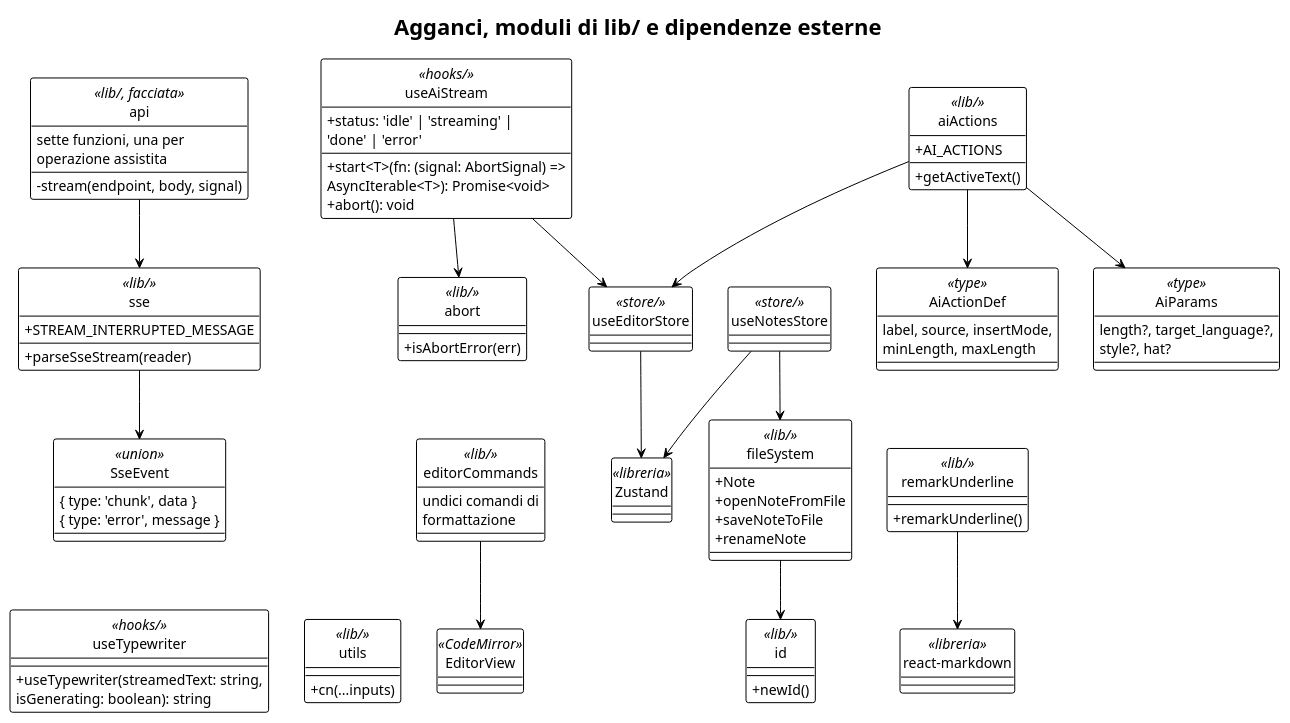
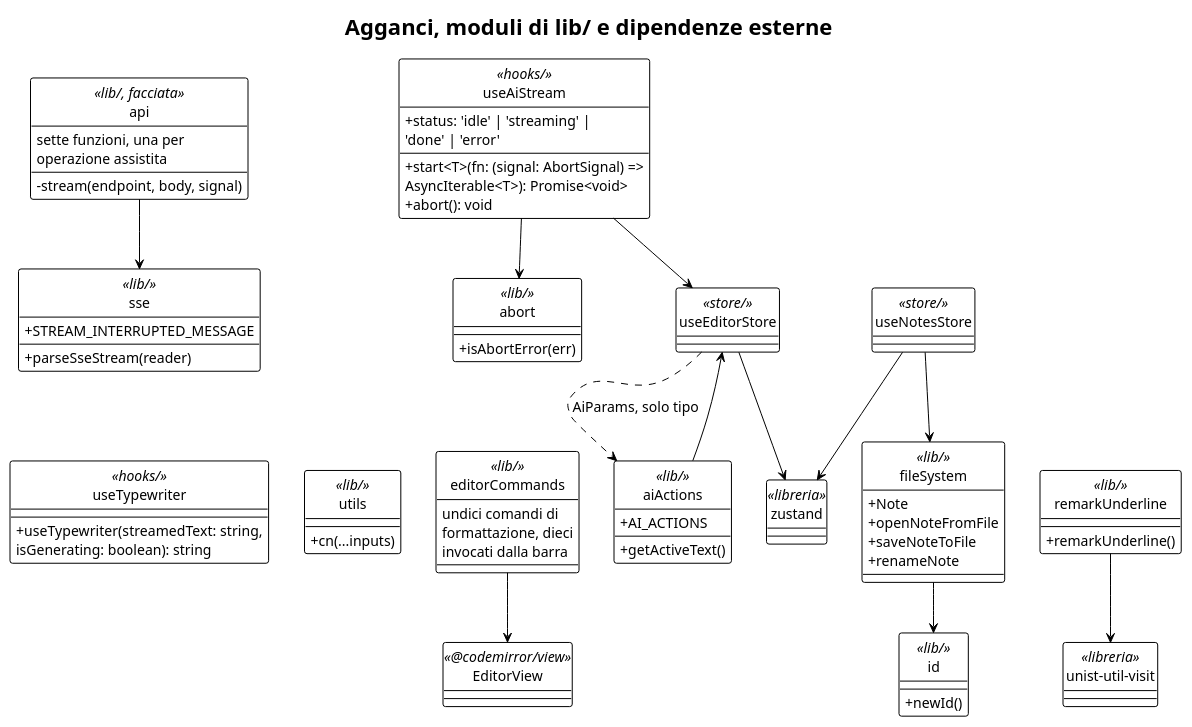
The diagram in PB/doc_esterna/specifica_tecnica/assets/plantuml/UML3.3-2.puml (thebitless-group-swe/thebitless.github.io), drawn with PlantUML before and after one commit. The commit also changed 35 other files, not shown here.

Commit message:
fix(ST):sistema diagrammi UML del capitolo 3.3, elimina i duplicati

```diff
--- a/PB/doc_esterna/specifica_tecnica/assets/plantuml/UML3.3-2.puml
+++ b/PB/doc_esterna/specifica_tecnica/assets/plantuml/UML3.3-2.puml
@@ -1,116 +1,102 @@
 @startuml
 !theme plain
 hide circle
 skinparam classAttributeIconSize 0
 skinparam shadowing false
 skinparam nodesep 35
 skinparam ranksep 50
 skinparam defaultFontSize 14
 
-title Agganci, moduli di lib/ e dipendenze esterne
-
 ' Raggruppati per catena di dipendenza, non per cartella: la cartella di
 ' appartenenza e' nello stereotipo di ciascun modulo. L'organizzazione per
 ' cartelle e' nel diagramma UML 3.3.1.
+' Ogni freccia e' un'importazione dichiarata nel modulo di partenza.
+
+title Agganci, moduli di lib/ e dipendenze esterne
 
 together {
   class useAiStream <<hooks/>> {
     + start<T>(fn: (signal: AbortSignal) =>\nAsyncIterable<T>): Promise<void>
     + abort(): void
     + status: 'idle' | 'streaming' |\n'done' | 'error'
   }
   class abort <<lib/>> {
     + isAbortError(err)
   }
 }
 
 together {
   class api <<lib/, facciata>> {
     sette funzioni, una per
     operazione assistita
     - stream(endpoint, body, signal)
   }
   class sse <<lib/>> {
     + parseSseStream(reader)
     + STREAM_INTERRUPTED_MESSAGE
   }
-  class SseEvent <<union>> {
-    { type: 'chunk', data }
-    { type: 'error', message }
-  }
 }
 
-together {
-  class aiActions <<lib/>> {
-    + AI_ACTIONS
-    + getActiveText()
-  }
-  class AiActionDef <<type>> {
-    label, source, insertMode,
-    minLength, maxLength
-  }
-  class AiParams <<type>> {
-    length?, target_language?,
-    style?, hat?
-  }
+class aiActions <<lib/>> {
+  + AI_ACTIONS
+  + getActiveText()
 }
 
 together {
   class useNotesStore <<store/>>
   class fileSystem <<lib/>> {
     + Note
     + openNoteFromFile
     + saveNoteToFile
     + renameNote
   }
   class id <<lib/>> {
     + newId()
   }
 }
 
 together {
   class editorCommands <<lib/>> {
     undici comandi di
-    formattazione
+    formattazione, dieci
+    invocati dalla barra
   }
-  class EditorView <<CodeMirror>>
+  class EditorView <<@codemirror/view>>
 }
 
 together {
   class remarkUnderline <<lib/>> {
     + remarkUnderline()
   }
-  class "react-markdown" as RM <<libreria>>
+  class "unist-util-visit" as UUV <<libreria>>
 }
 
 class useEditorStore <<store/>>
-class Zustand <<libreria>>
+class zustand <<libreria>>
 
 class useTypewriter <<hooks/>> {
   + useTypewriter(streamedText: string,\nisGenerating: boolean): string
 }
 class utils <<lib/>> {
   + cn(...inputs)
 }
 
 useAiStream --> abort
 useAiStream --> useEditorStore
 api --> sse
-sse --> SseEvent
-aiActions --> AiActionDef
-aiActions --> AiParams
 aiActions --> useEditorStore
+useEditorStore ..> aiActions : AiParams, solo tipo
 useNotesStore --> fileSystem
 fileSystem --> id
 editorCommands --> EditorView
-remarkUnderline --> RM
-useEditorStore --> Zustand
-useNotesStore --> Zustand
+remarkUnderline --> UUV
+useEditorStore --> zustand
+useNotesStore --> zustand
 
 ' impaginazione: le catene senza legami con le altre scendono su una seconda fila
 useTypewriter -[hidden]right- utils
 abort -[hidden]down- editorCommands
 editorCommands -[hidden]right- remarkUnderline
-SseEvent -[hidden]down- useTypewriter
+sse -[hidden]down- useTypewriter
 
 @enduml
```
